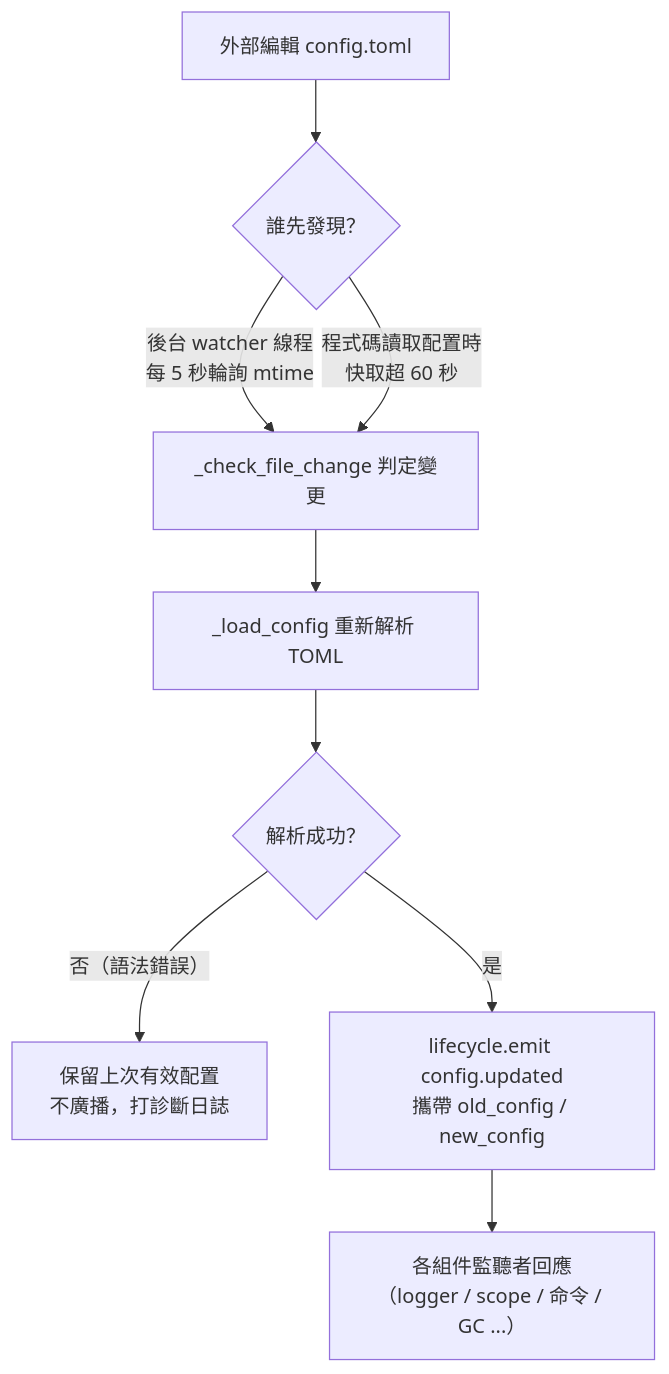
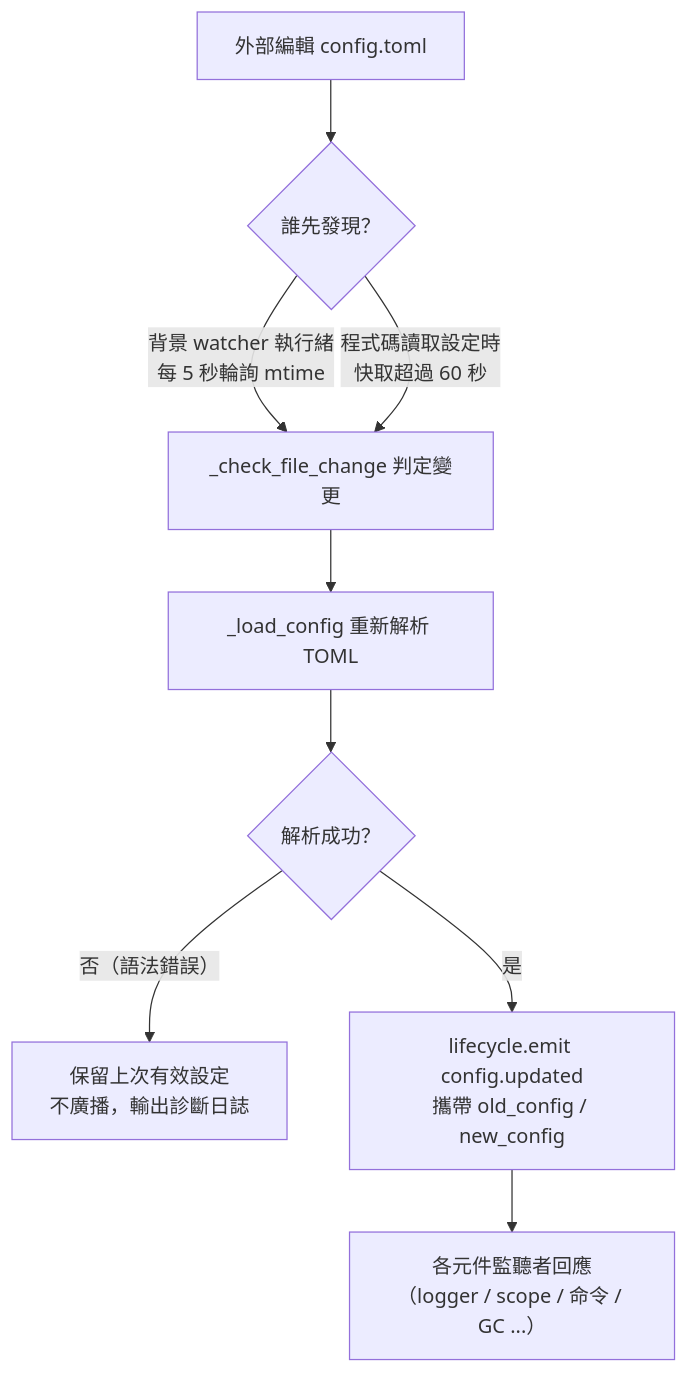
One commit to ErisPulse/ErisPulse changed the diagram in docs/zh-TW/user-guide/configuration.md. Above: the diagram before and after it, drawn with Mermaid. The commit also changed other lines of this file and 115 other files, not shown here.

````diff
--- a/docs/zh-TW/user-guide/configuration.md
+++ b/docs/zh-TW/user-guide/configuration.md
@@ -156,11 +157,11 @@
 ```mermaid
 flowchart TD
     A["外部編輯 config.toml"] --> B{"誰先發現？"}
-    B -->|"後台 watcher 線程<br/>每 5 秒輪詢 mtime"| C["_check_file_change 判定變更"]
-    B -->|"程式碼讀取配置時<br/>快取超 60 秒"| C
+    B -->|"背景 watcher 執行緒<br/>每 5 秒輪詢 mtime"| C["_check_file_change 判定變更"]
+    B -->|"程式碼讀取設定時<br/>快取超過 60 秒"| C
     C --> D["_load_config 重新解析 TOML"]
     D --> E{"解析成功？"}
-    E -->|"否（語法錯誤）"| F["保留上次有效配置<br/>不廣播，打診斷日誌"]
+    E -->|"否（語法錯誤）"| F["保留上次有效設定<br/>不廣播，輸出診斷日誌"]
     E -->|"是"| G["lifecycle.emit config.updated<br/>攜帶 old_config / new_config"]
-    G --> H["各組件監聽者回應<br/>（logger / scope / 命令 / GC ...）"]
+    G --> H["各元件監聽者回應<br/>（logger / scope / 命令 / GC ...）"]
 ```
````
